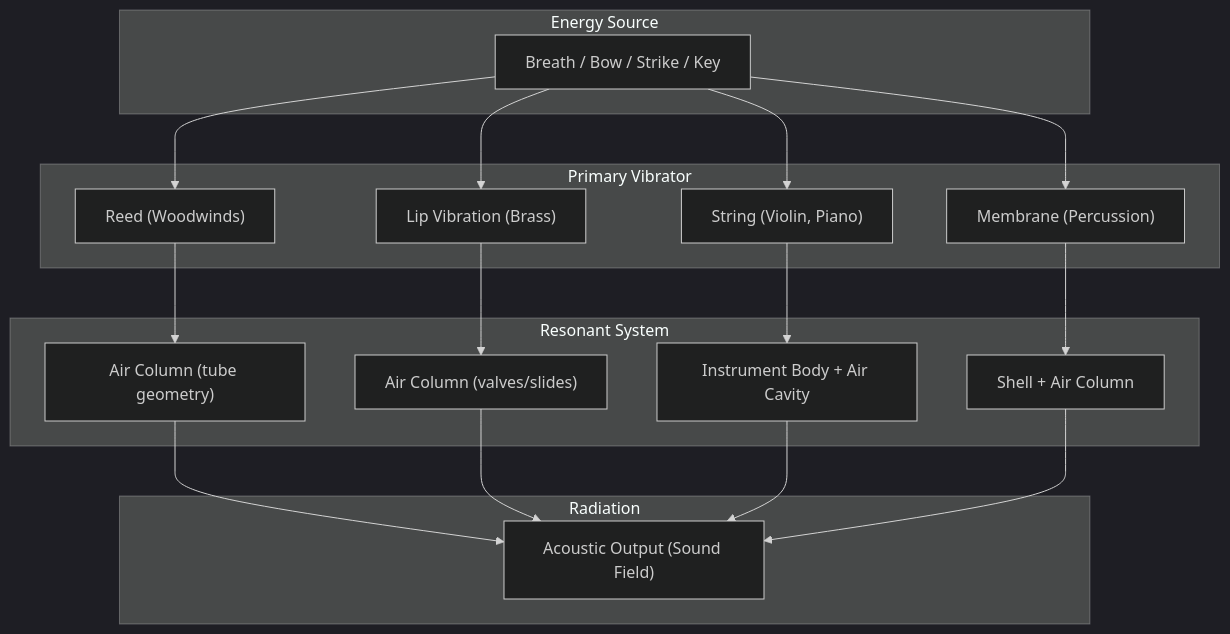
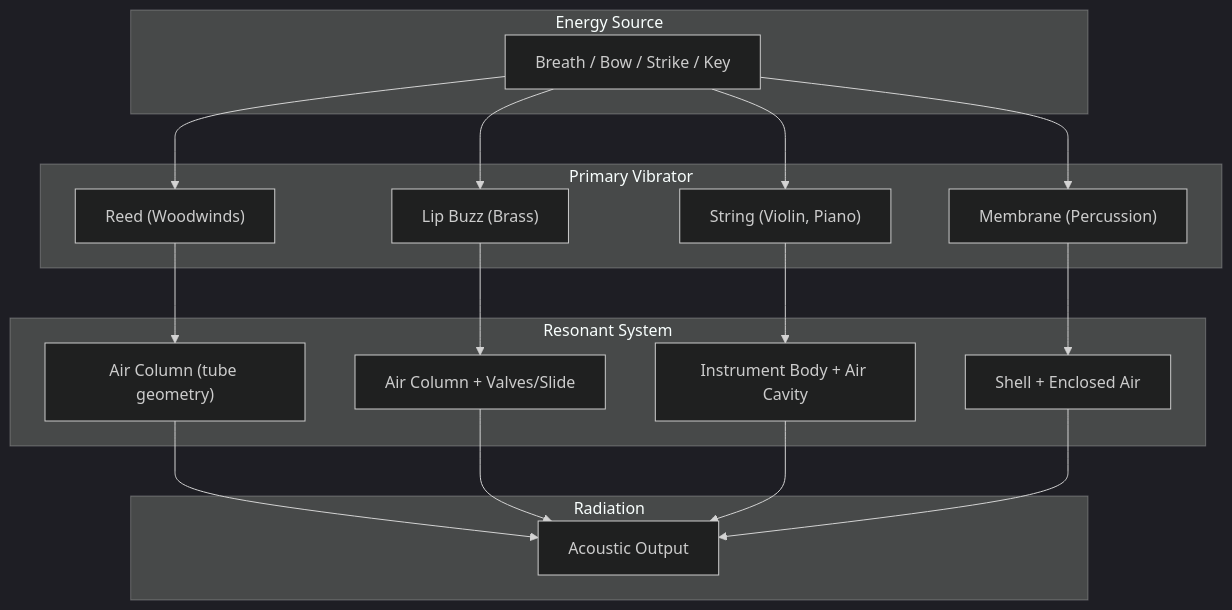
Before and after one commit to blebleblee/synapse: the first of 8 diagrams in topics/arts/composition/orchestration/lesson_03_instrument_specific_techniques.md, drawn with Mermaid (dark theme). The commit also changed other lines of this file and 4 other files, not shown here.

````diff
--- a/topics/arts/composition/orchestration/lesson_03_instrument_specific_techniques.md
+++ b/topics/arts/composition/orchestration/lesson_03_instrument_specific_techniques.md
@@ -74,29 +71,29 @@
 ```mermaid
 graph TD
     subgraph sub_energy_source ["Energy Source"]
         A["Breath / Bow / Strike / Key"]
     end
 
     subgraph sub_primary_vibrator ["Primary Vibrator"]
         B1["Reed (Woodwinds)"]
-        B2["Lip Vibration (Brass)"]
+        B2["Lip Buzz (Brass)"]
         B3["String (Violin, Piano)"]
         B4["Membrane (Percussion)"]
     end
 
     subgraph sub_resonant_system ["Resonant System"]
         C1["Air Column (tube geometry)"]
-        C2["Air Column (valves/slides)"]
+        C2["Air Column + Valves/Slide"]
         C3["Instrument Body + Air Cavity"]
-        C4["Shell + Air Column"]
+        C4["Shell + Enclosed Air"]
     end
 
     subgraph sub_radiation ["Radiation"]
-        D["Acoustic Output (Sound Field)"]
+        D["Acoustic Output"]
     end
 
     A --> B1 --> C1 --> D
     A --> B2 --> C2 --> D
     A --> B3 --> C3 --> D
     A --> B4 --> C4 --> D
 ```
````
